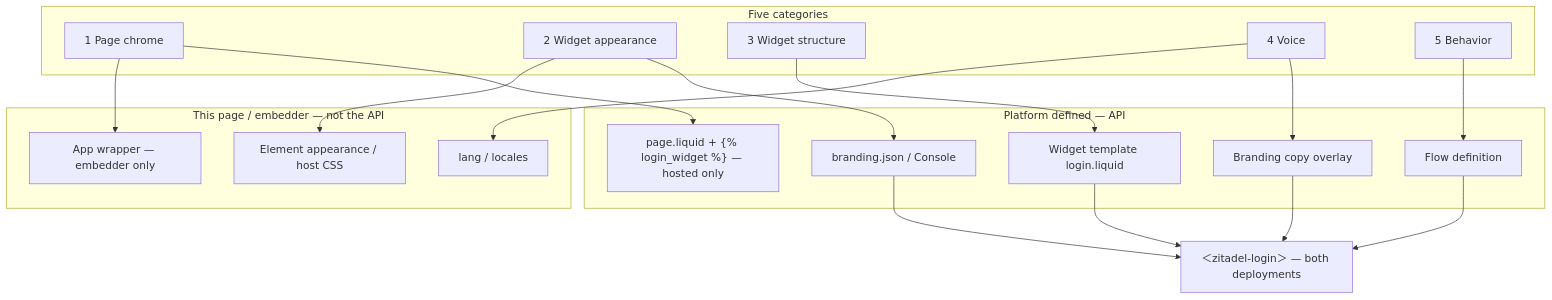
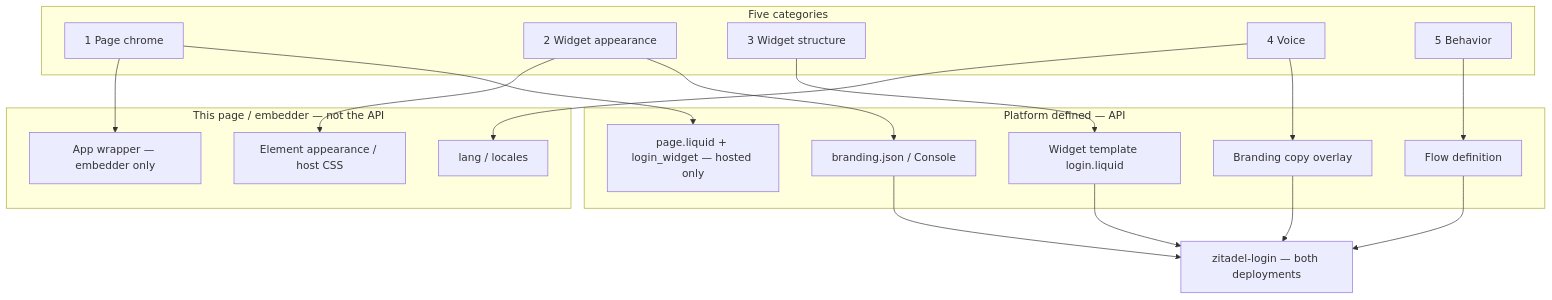
One commit to zitadel/nextgen changed the second of 5 diagrams in docs/design/branding/customization-strategy.md. Above: the diagram before and after it, drawn with Mermaid. The commit also changed other lines of this file, not shown here.

First line of the commit message:
docs: use ASCII-only mermaid labels in customization graphs

````diff
--- a/docs/design/branding/customization-strategy.md
+++ b/docs/design/branding/customization-strategy.md
@@ -120,38 +120,38 @@
 ```mermaid
 flowchart TB
   subgraph cats [Five categories]
     C1[1 Page chrome]
     C2[2 Widget appearance]
     C3[3 Widget structure]
     C4[4 Voice]
     C5[5 Behavior]
   end
 
   subgraph local [This page / embedder — not the API]
     EmbWrap[App wrapper — embedder only]
     HostCSS["Element appearance / host CSS"]
     Locales["lang / locales"]
   end
 
   subgraph api [Platform defined — API]
-    PageTpl["page.liquid + {% login_widget %} — hosted only"]
-    BrandJSON[branding.json / Console]
+    PageTpl["page.liquid + login_widget — hosted only"]
+    BrandJSON["branding.json / Console"]
     WidTpl[Widget template login.liquid]
     Copy[Branding copy overlay]
     Flow[Flow definition]
   end
 
   C1 --> EmbWrap
   C1 --> PageTpl
   C2 --> HostCSS
   C2 --> BrandJSON
   C3 --> WidTpl
   C4 --> Locales
   C4 --> Copy
   C5 --> Flow
 
-  BrandJSON --> Both1["＜zitadel-login＞ — both deployments"]
+  BrandJSON --> Both1[zitadel-login — both deployments]
   WidTpl --> Both1
   Copy --> Both1
   Flow --> Both1
 ```
````
